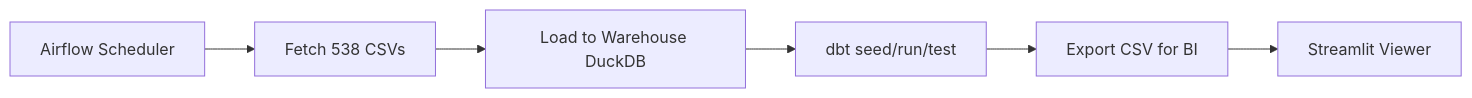
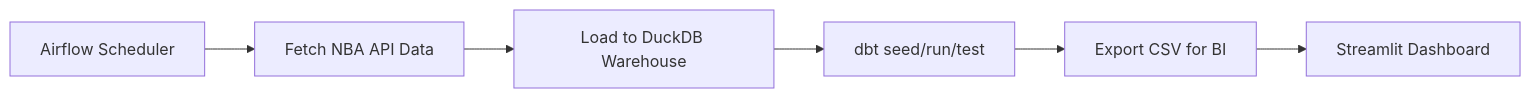
One commit to AbdulSohail018/Sports-Analytics-Pipeline changed the diagram in README.md. Above: the diagram before and after it, drawn with Mermaid. The commit also changed other lines of this file, not shown here.

Commit message:
docs: update project structure and flow for new NBA API integration

````diff
--- a/README.md
+++ b/README.md
@@ -23,8 +23,8 @@
 ```mermaid
 flowchart LR
-    A[Airflow Scheduler] --> B[Fetch 538 CSVs]
-    B --> C[Load to Warehouse DuckDB]
+    A[Airflow Scheduler] --> B[Fetch NBA API Data]
+    B --> C[Load to DuckDB Warehouse]
     C --> D[dbt seed/run/test]
     D --> E[Export CSV for BI]
-    E --> F[Streamlit Viewer]
+    E --> F[Streamlit Dashboard]
 ```
````
